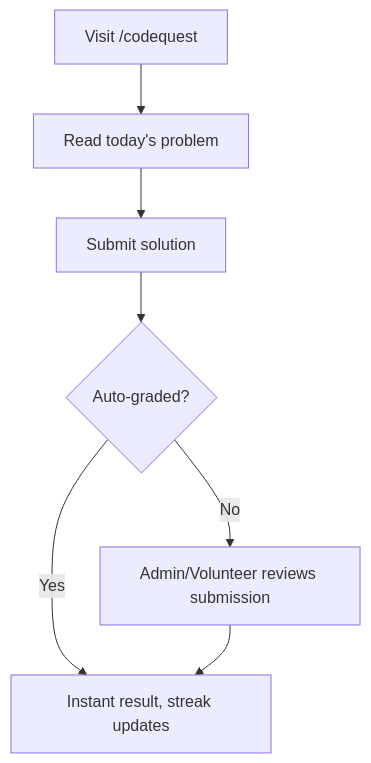
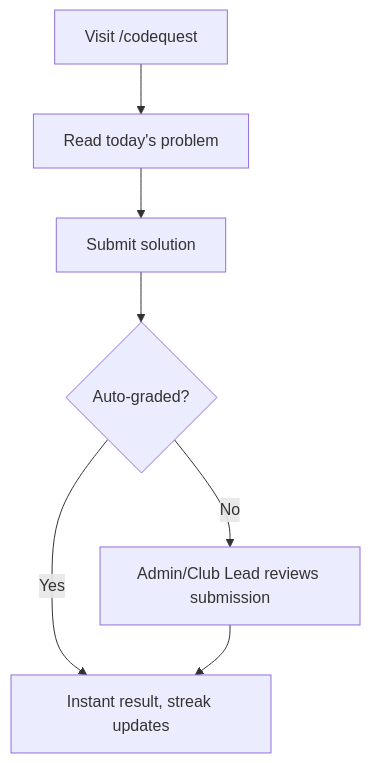
Before and after one commit to Srkr-Coding-Club/SRKRCC-Main_APPLICATION_BACKEND: the second of 2 diagrams in docs/modules/codequest.md, drawn with Mermaid. The commit also changed other lines of this file and 22 other files, not shown here.

````diff
--- a/docs/modules/codequest.md
+++ b/docs/modules/codequest.md
@@ -74,9 +121,9 @@
 ```mermaid
 flowchart TD
     A[Visit /codequest] --> B[Read today's problem]
     B --> C[Submit solution]
     C --> D{Auto-graded?}
     D -- Yes --> E[Instant result, streak updates]
-    D -- No --> F[Admin/Volunteer reviews submission]
+    D -- No --> F[Admin/Club Lead reviews submission]
     F --> E
 ```
````
